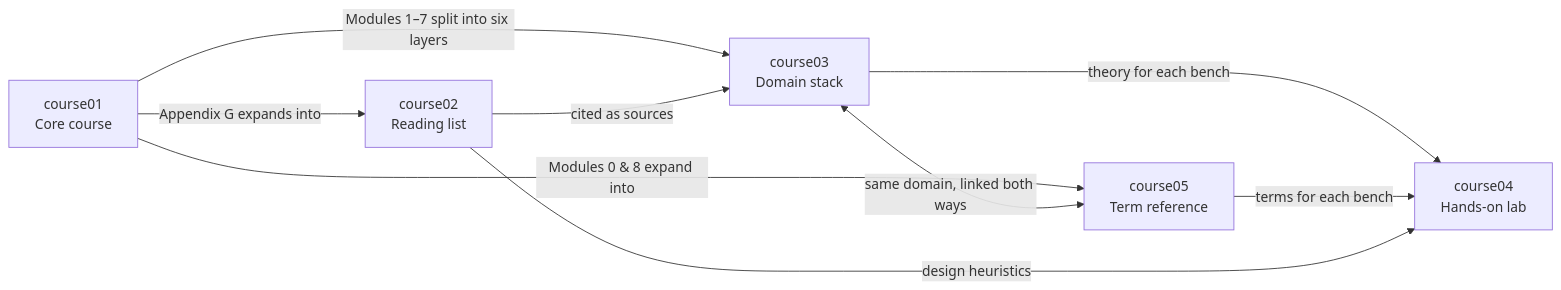
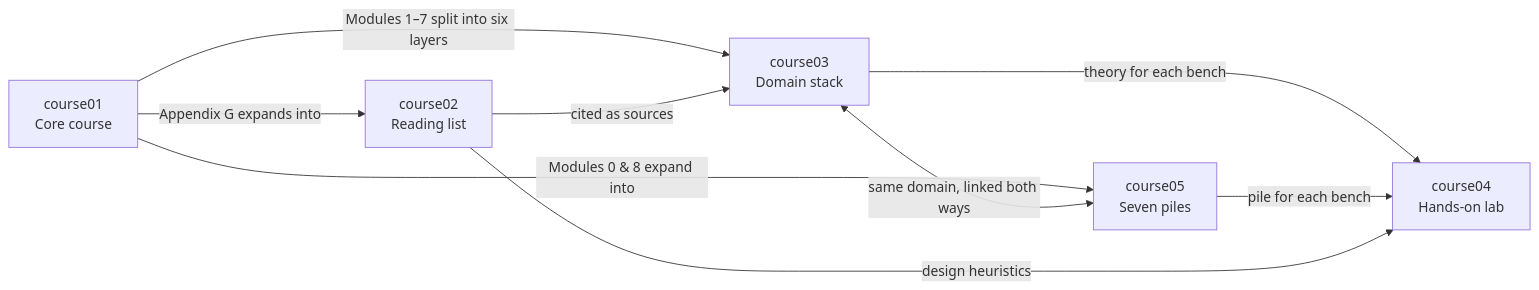
Before and after one commit to VicBranica/Labrador: the diagram in index.md, drawn with Mermaid. The commit also changed other lines of this file and 32 other files, not shown here.

First line of the commit message:
Restructure course05 around three pillars and seven piles

````diff
--- a/index.md
+++ b/index.md
@@ -37,16 +37,16 @@
 ```mermaid
 graph LR
   C01["course01<br/>Core course"]
   C02["course02<br/>Reading list"]
   C03["course03<br/>Domain stack"]
   C04["course04<br/>Hands-on lab"]
-  C05["course05<br/>Term reference"]
+  C05["course05<br/>Seven piles"]
   C01 -- "Appendix G expands into" --> C02
   C01 -- "Modules 1–7 split into six layers" --> C03
   C01 -- "Modules 0 & 8 expand into" --> C05
   C02 -- "cited as sources" --> C03
   C03 -- "theory for each bench" --> C04
-  C05 -- "terms for each bench" --> C04
+  C05 -- "pile for each bench" --> C04
   C02 -- "design heuristics" --> C04
   C03 <-- "same domain, linked both ways" --> C05
 ```
````
